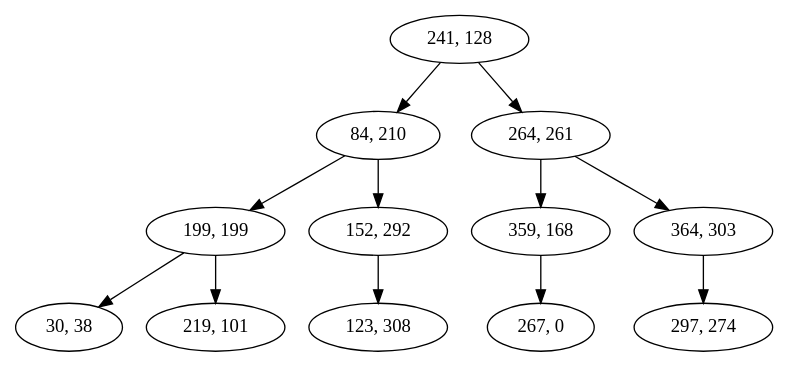
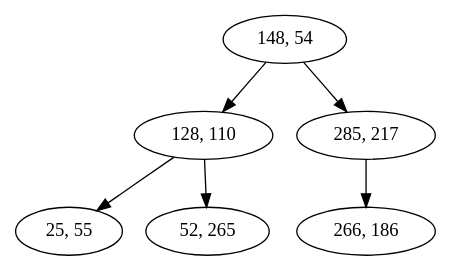
Before and after one commit to hAriasm/Practica4_ayed: the diagram in kdtree/kdtree.dot, drawn with Graphviz. The commit also changed 1 other file, not shown here.

```diff
--- a/kdtree/kdtree.dot
+++ b/kdtree/kdtree.dot
@@ -1,13 +1,7 @@
 digraph G {
-  "241, 128" -> "84, 210";
-  "84, 210" -> "199, 199";
-  "199, 199" -> "30, 38";
-  "199, 199" -> "219, 101";
-  "84, 210" -> "152, 292";
-  "152, 292" -> "123, 308";
-  "241, 128" -> "264, 261";
-  "264, 261" -> "359, 168";
-  "359, 168" -> "267, 0";
-  "264, 261" -> "364, 303";
-  "364, 303" -> "297, 274";
+  "148, 54" -> "128, 110";
+  "128, 110" -> "25, 55";
+  "128, 110" -> "52, 265";
+  "148, 54" -> "285, 217";
+  "285, 217" -> "266, 186";
 }
```
